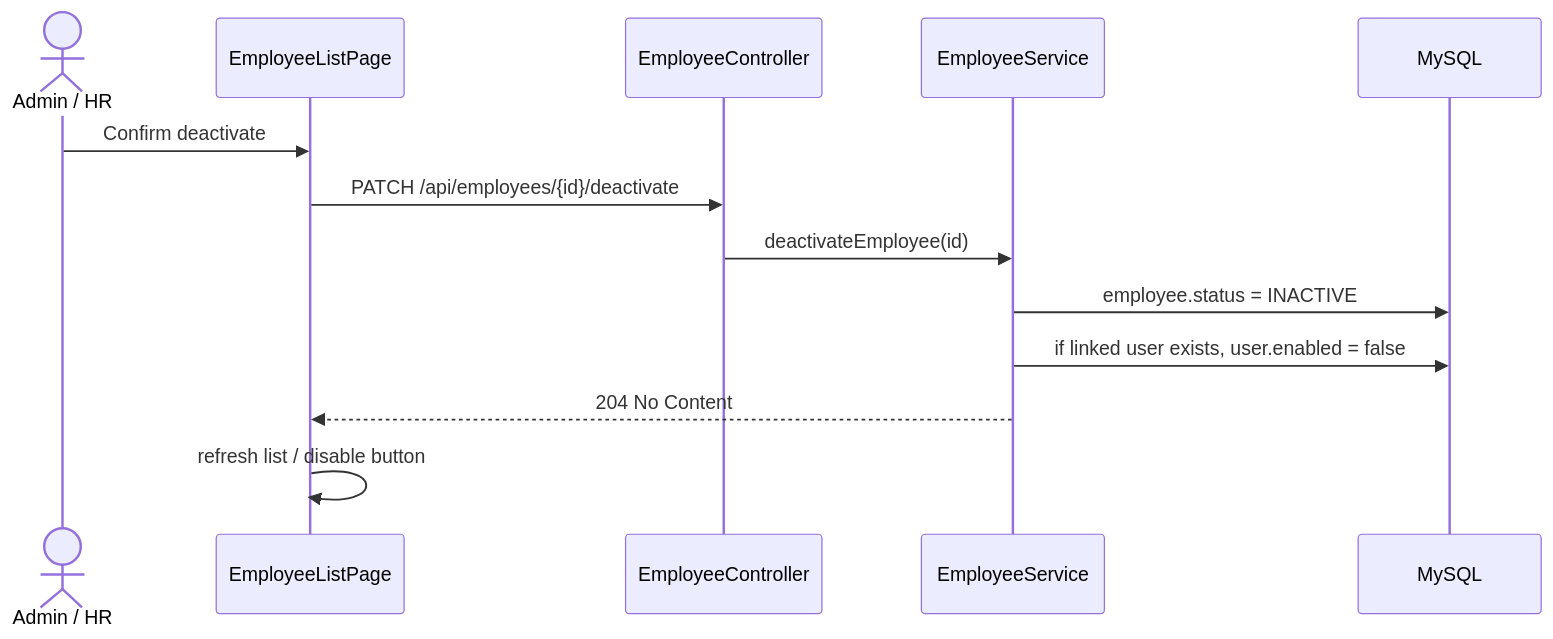
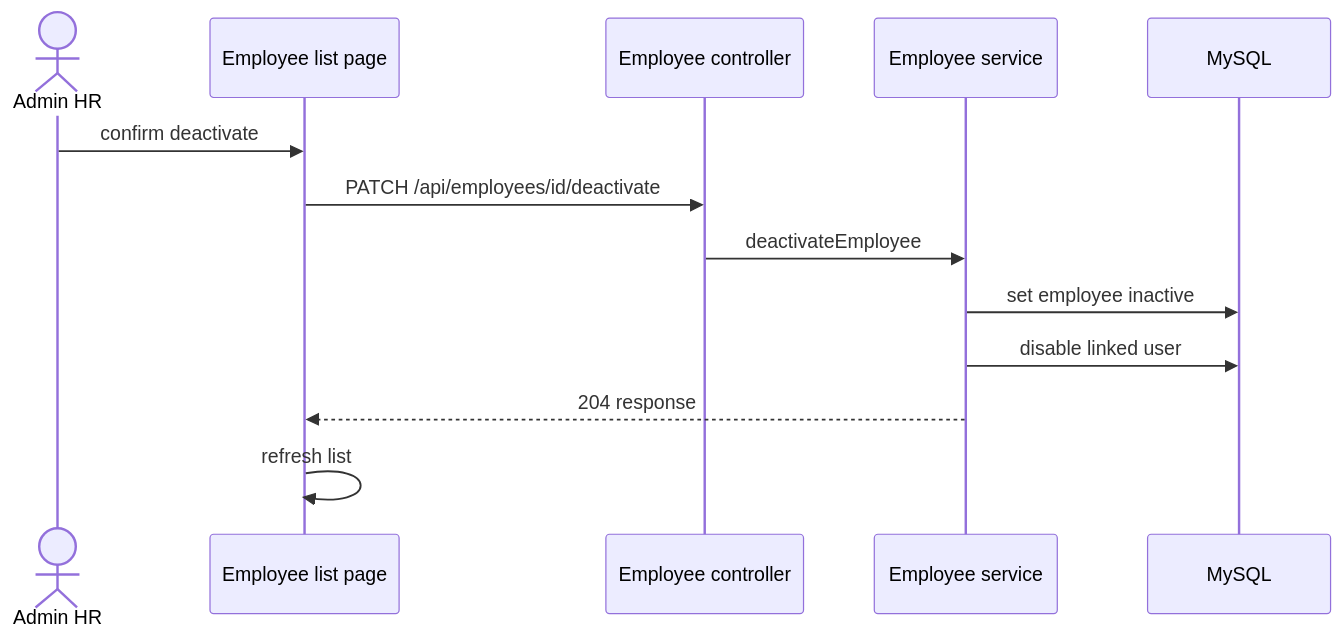
The ninth of 10 diagrams in docs/ARCHITECTURE.md (Lalmohan04/employee-management-system), drawn with Mermaid before and after one commit. The commit also changed other lines of this file, not shown here.

First line of the commit message:
docs: fix Mermaid diagrams for GitHub rendering

````diff
--- a/docs/ARCHITECTURE.md
+++ b/docs/ARCHITECTURE.md
@@ -497,16 +419,16 @@
 ```mermaid
 sequenceDiagram
-    actor A as Admin / HR
-    participant UI as EmployeeListPage
-    participant API as EmployeeController
-    participant S as EmployeeService
+    actor A as Admin HR
+    participant UI as Employee list page
+    participant API as Employee controller
+    participant S as Employee service
     participant DB as MySQL
 
-    A->>UI: Confirm deactivate
-    UI->>API: PATCH /api/employees/{id}/deactivate
-    API->>S: deactivateEmployee(id)
-    S->>DB: employee.status = INACTIVE
-    S->>DB: if linked user exists, user.enabled = false
-    S-->>UI: 204 No Content
-    UI->>UI: refresh list / disable button
+    A->>UI: confirm deactivate
+    UI->>API: PATCH /api/employees/id/deactivate
+    API->>S: deactivateEmployee
+    S->>DB: set employee inactive
+    S->>DB: disable linked user
+    S-->>UI: 204 response
+    UI->>UI: refresh list
 ```
````
